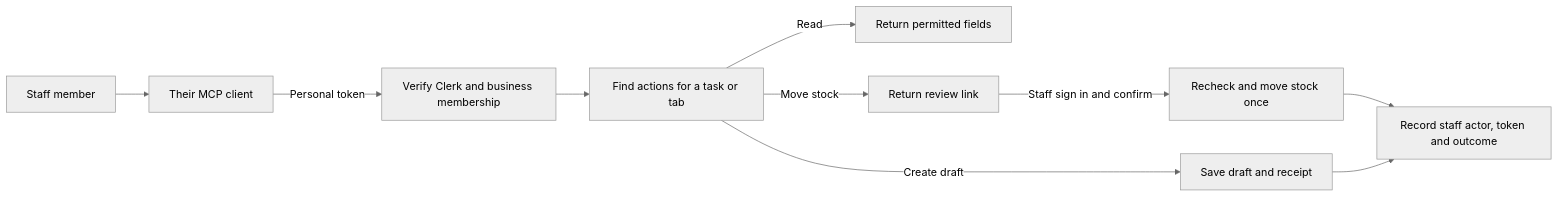
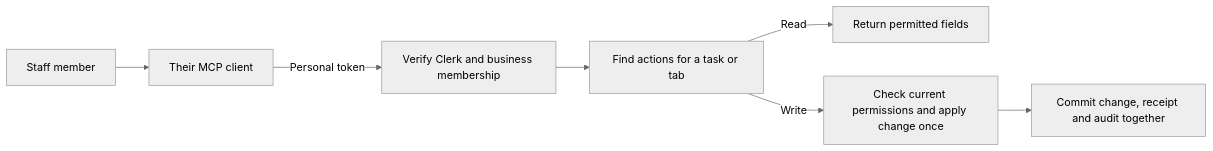
One commit to F0rge/f0rge changed the diagram in apps/firstout/docs/mcp-domain-tools.md. Above: the diagram before and after it, drawn with Mermaid (neutral theme). The commit also changed other lines of this file and 15 other files, not shown here.

````diff
--- a/apps/firstout/docs/mcp-domain-tools.md
+++ b/apps/firstout/docs/mcp-domain-tools.md
@@ -20,12 +7,9 @@
 ```mermaid
 flowchart LR
     Staff[Staff member] --> Client[Their MCP client]
     Client -->|Personal token| Auth[Verify Clerk and business membership]
     Auth --> Find[Find actions for a task or tab]
     Find -->|Read| Read[Return permitted fields]
-    Find -->|Create draft| Draft[Save draft and receipt]
-    Find -->|Move stock| Review[Return review link]
-    Review -->|Staff sign in and confirm| Apply[Recheck and move stock once]
-    Apply --> Audit[Record staff actor, token and outcome]
-    Draft --> Audit
+    Find -->|Write| Apply[Check current permissions and apply change once]
+    Apply --> Receipt[Commit change, receipt and audit together]
 ```
````
